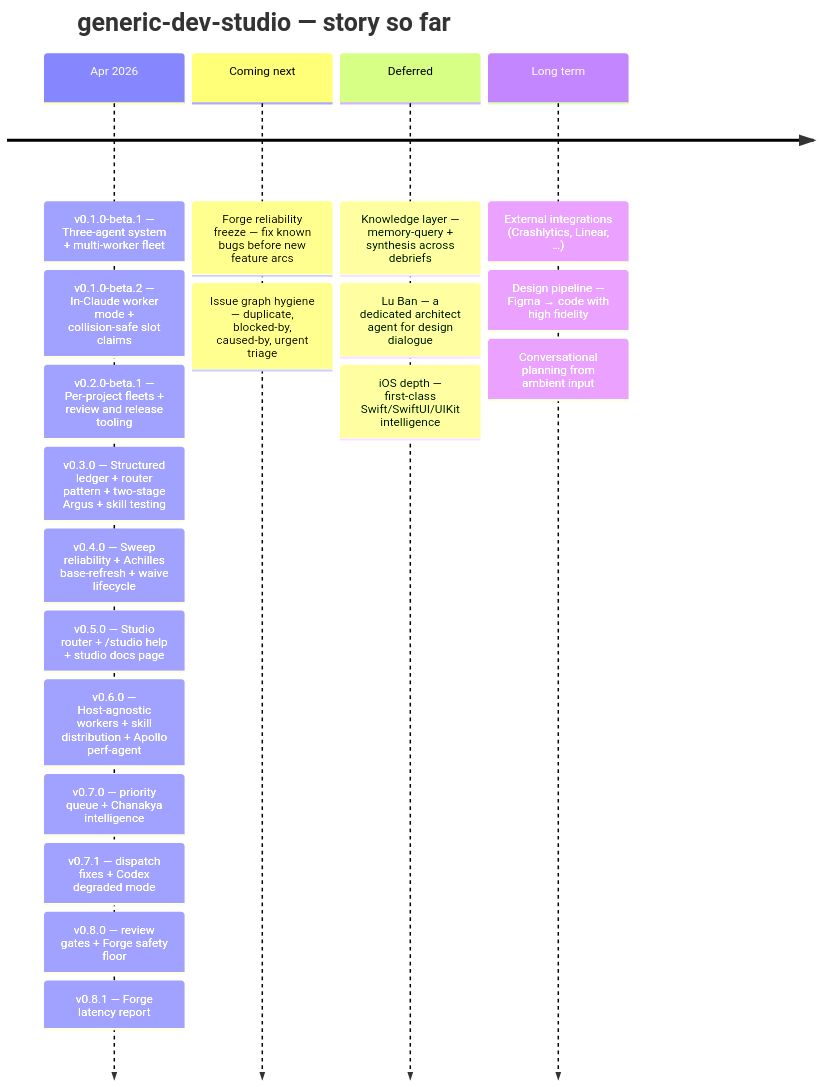
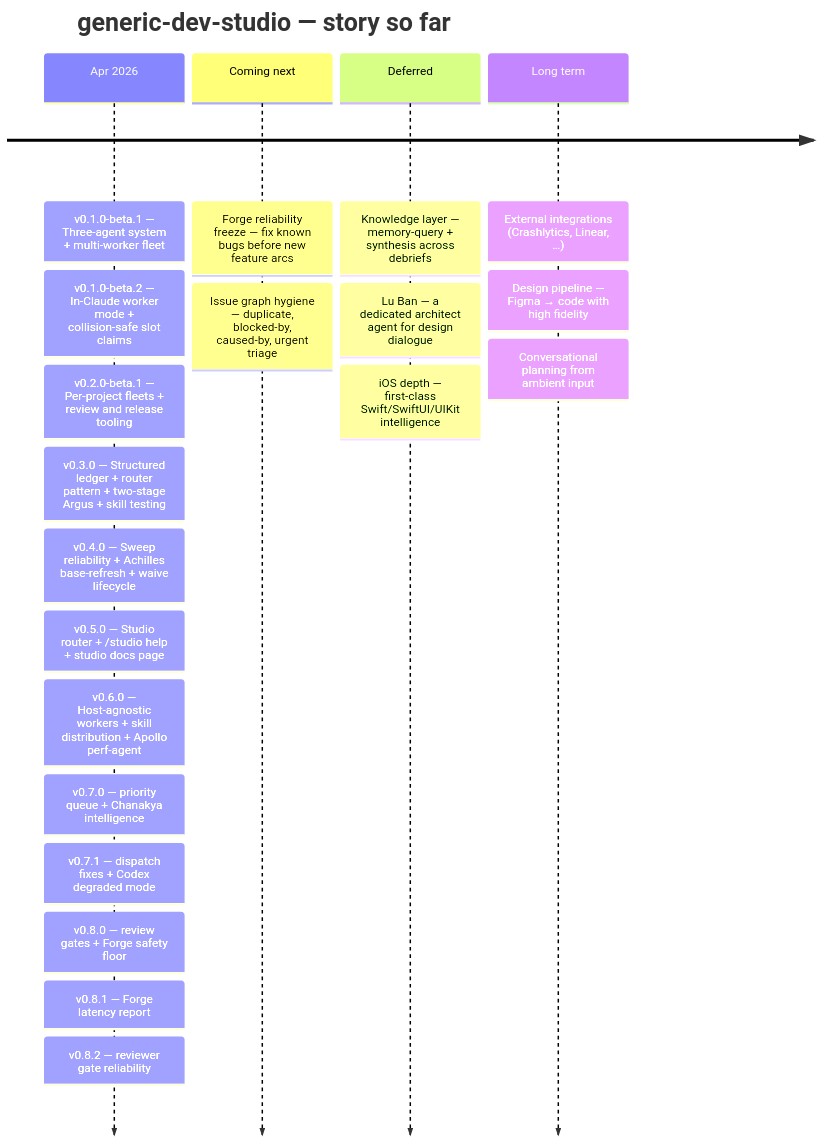
One commit to v-i-s-h-a-l/generic-dev-studio changed the diagram in README.md. Above: the diagram before and after it, drawn with Mermaid. The commit also changed other lines of this file and 2 other files, not shown here.

Commit message:
README: v0.8.2 timeline + Story so far update

````diff
--- a/README.md
+++ b/README.md
@@ -13,23 +13,24 @@
 ```mermaid
 timeline
     title generic-dev-studio — story so far
     Apr 2026 : v0.1.0-beta.1 — Three-agent system + multi-worker fleet
              : v0.1.0-beta.2 — In-Claude worker mode + collision-safe slot claims
              : v0.2.0-beta.1 — Per-project fleets + review and release tooling
              : v0.3.0 — Structured ledger + router pattern + two-stage Argus + skill testing
              : v0.4.0 — Sweep reliability + Achilles base-refresh + waive lifecycle
              : v0.5.0 — Studio router + /studio help + studio docs page
              : v0.6.0 — Host-agnostic workers + skill distribution + Apollo perf-agent
              : v0.7.0 — priority queue + Chanakya intelligence
              : v0.7.1 — dispatch fixes + Codex degraded mode
              : v0.8.0 — review gates + Forge safety floor
              : v0.8.1 — Forge latency report
+             : v0.8.2 — reviewer gate reliability
     Coming next : Forge reliability freeze — fix known bugs before new feature arcs
                 : Issue graph hygiene — duplicate, blocked-by, caused-by, urgent triage
     Deferred : Knowledge layer — memory-query + synthesis across debriefs
              : Lu Ban — a dedicated architect agent for design dialogue
              : iOS depth — first-class Swift/SwiftUI/UIKit intelligence
     Long term : External integrations (Crashlytics, Linear, …)
               : Design pipeline — Figma → code with high fidelity
               : Conversational planning from ambient input
 ```
````
